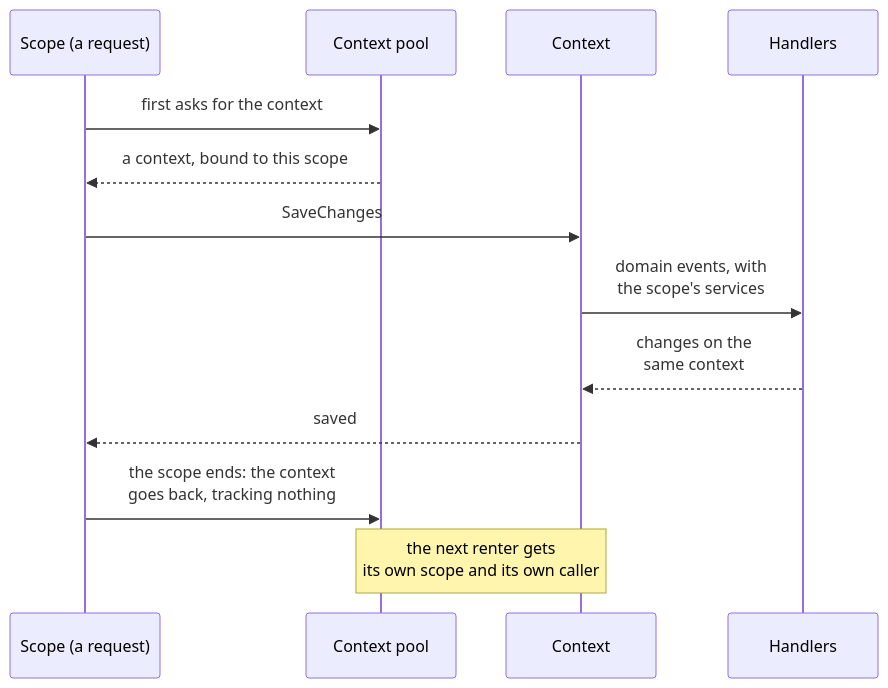
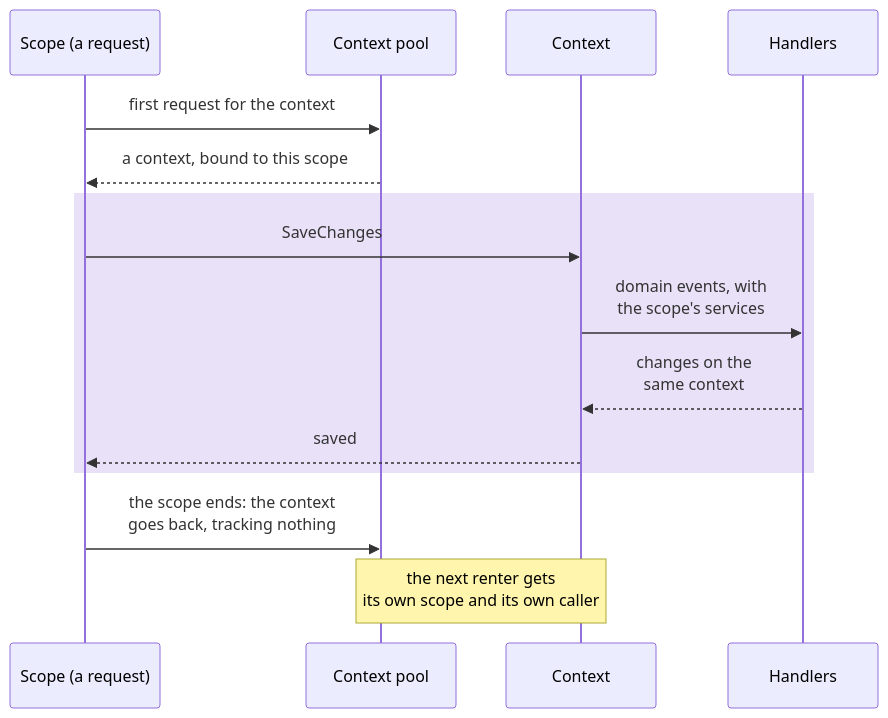
One commit to DylanSnel/DDDToolkit changed the sixth of 6 diagrams in docs/entity-framework.md. Above: the diagram before and after it, drawn with Mermaid. The commit also changed other lines of this file and 41 other files, not shown here.

First line of the commit message:
Docs: plain prose, one word per concept, and readable diagrams on every page

````diff
--- a/docs/entity-framework.md
+++ b/docs/entity-framework.md
@@ -1154,16 +1265,18 @@
 ```mermaid
 sequenceDiagram
     participant Scope as Scope (a request)
     participant Pool as Context pool
     participant Context as Context
     participant Handlers as Handlers
 
-    Scope->>Pool: first asks for the context
+    Scope->>Pool: first request for the context
     Pool-->>Scope: a context, bound to this scope
-    Scope->>Context: SaveChanges
-    Context->>Handlers: domain events, with<br/>the scope's services
-    Handlers-->>Context: changes on the<br/>same context
-    Context-->>Scope: saved
+    rect rgba(91, 46, 201, 0.14)
+        Scope->>Context: SaveChanges
+        Context->>Handlers: domain events, with<br/>the scope's services
+        Handlers-->>Context: changes on the<br/>same context
+        Context-->>Scope: saved
+    end
     Scope->>Pool: the scope ends: the context<br/>goes back, tracking nothing
     Note over Pool,Context: the next renter gets<br/>its own scope and its own caller
 ```
````
